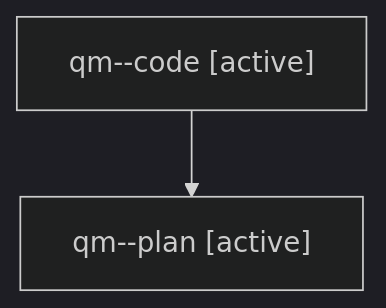
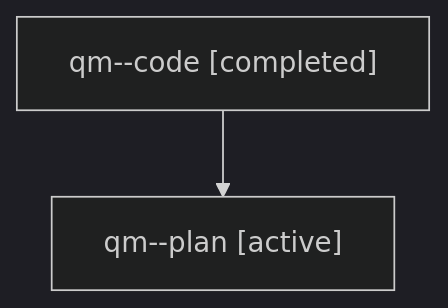
The diagram in families/bbugyi200.athena.qm.md (sase-org/sase--agents), drawn with Mermaid (dark theme) before and after one commit. The commit also changed other lines of this file and 5813 other files, not shown here.

````diff
--- a/families/bbugyi200.athena.qm.md
+++ b/families/bbugyi200.athena.qm.md
@@ -9,6 +9,6 @@
 ```mermaid
 flowchart TD
-  n0["qm--code [active]"]
+  n0["qm--code [completed]"]
   n1["qm--plan [active]"]
   n0 --> n1
 ```
````
